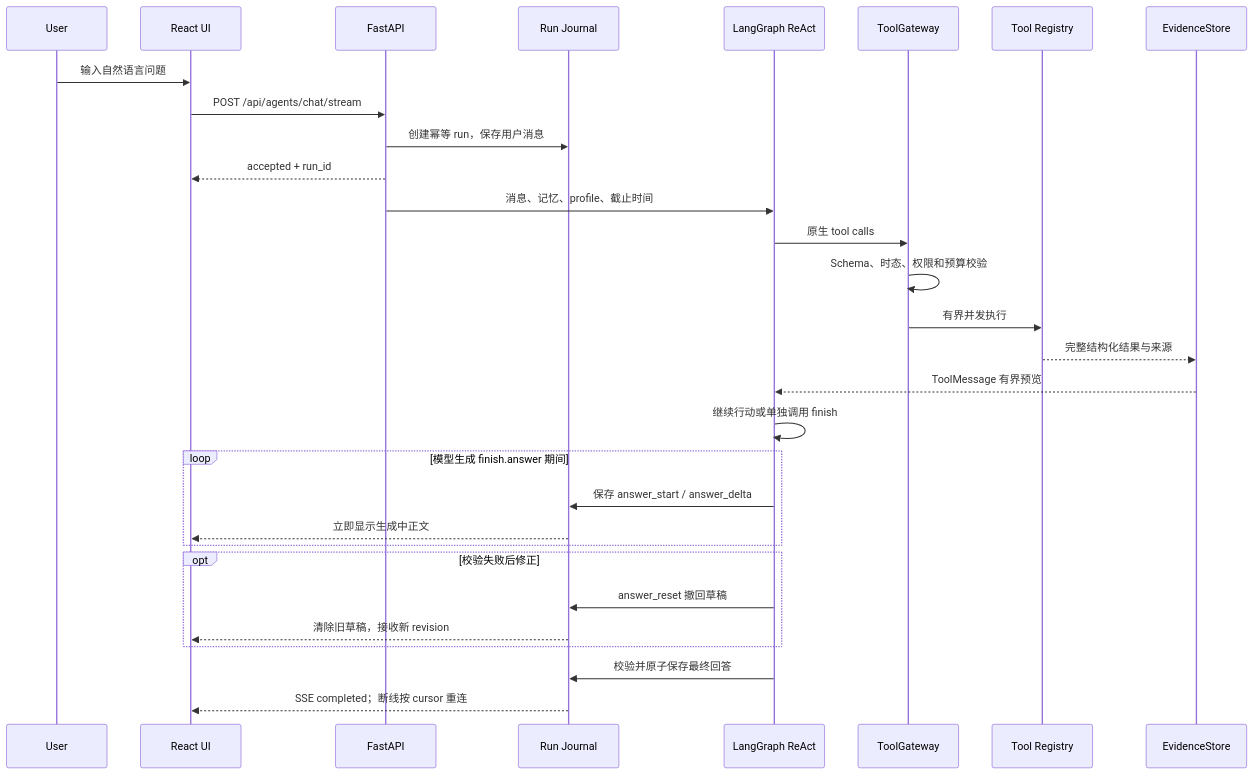
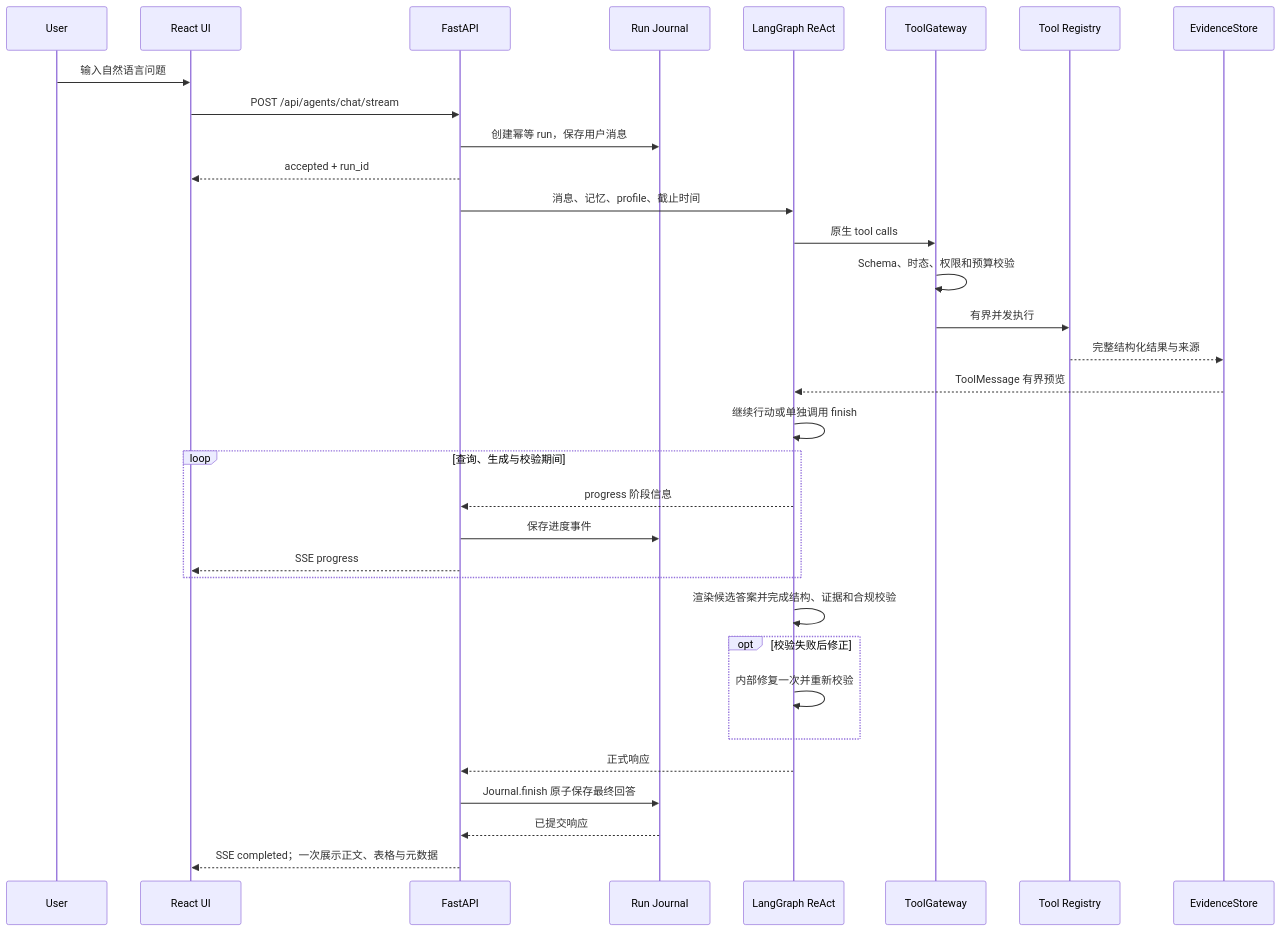
One commit to bibofu/LimitUpLab changed the second of 2 diagrams in README.md. Above: the diagram before and after it, drawn with Mermaid. The commit also changed other lines of this file and 12 other files, not shown here.

Commit message:
fix(chat): show one committed answer with live progress

````diff
--- a/README.md
+++ b/README.md
@@ -252,33 +253,36 @@
 ```mermaid
 sequenceDiagram
     participant User
     participant UI as React UI
     participant API as FastAPI
     participant Journal as Run Journal
     participant Graph as LangGraph ReAct
     participant Gateway as ToolGateway
     participant Tools as Tool Registry
     participant Evidence as EvidenceStore
 
     User->>UI: 输入自然语言问题
     UI->>API: POST /api/agents/chat/stream
     API->>Journal: 创建幂等 run，保存用户消息
     API-->>UI: accepted + run_id
     API->>Graph: 消息、记忆、profile、截止时间
     Graph->>Gateway: 原生 tool calls
     Gateway->>Gateway: Schema、时态、权限和预算校验
     Gateway->>Tools: 有界并发执行
     Tools-->>Evidence: 完整结构化结果与来源
     Evidence-->>Graph: ToolMessage 有界预览
     Graph->>Graph: 继续行动或单独调用 finish
-    loop 模型生成 finish.answer 期间
-        Graph->>Journal: 保存 answer_start / answer_delta
-        Journal-->>UI: 立即显示生成中正文
+    loop 查询、生成与校验期间
+        Graph-->>API: progress 阶段信息
+        API->>Journal: 保存进度事件
+        API-->>UI: SSE progress
     end
+    Graph->>Graph: 渲染候选答案并完成结构、证据和合规校验
     opt 校验失败后修正
-        Graph->>Journal: answer_reset 撤回草稿
-        Journal-->>UI: 清除旧草稿，接收新 revision
+        Graph->>Graph: 内部修复一次并重新校验
     end
-    Graph->>Journal: 校验并原子保存最终回答
-    Journal-->>UI: SSE completed；断线按 cursor 重连
+    Graph-->>API: 正式响应
+    API->>Journal: Journal.finish 原子保存最终回答
+    Journal-->>API: 已提交响应
+    API-->>UI: SSE completed；一次展示正文、表格与元数据
 ```
````
